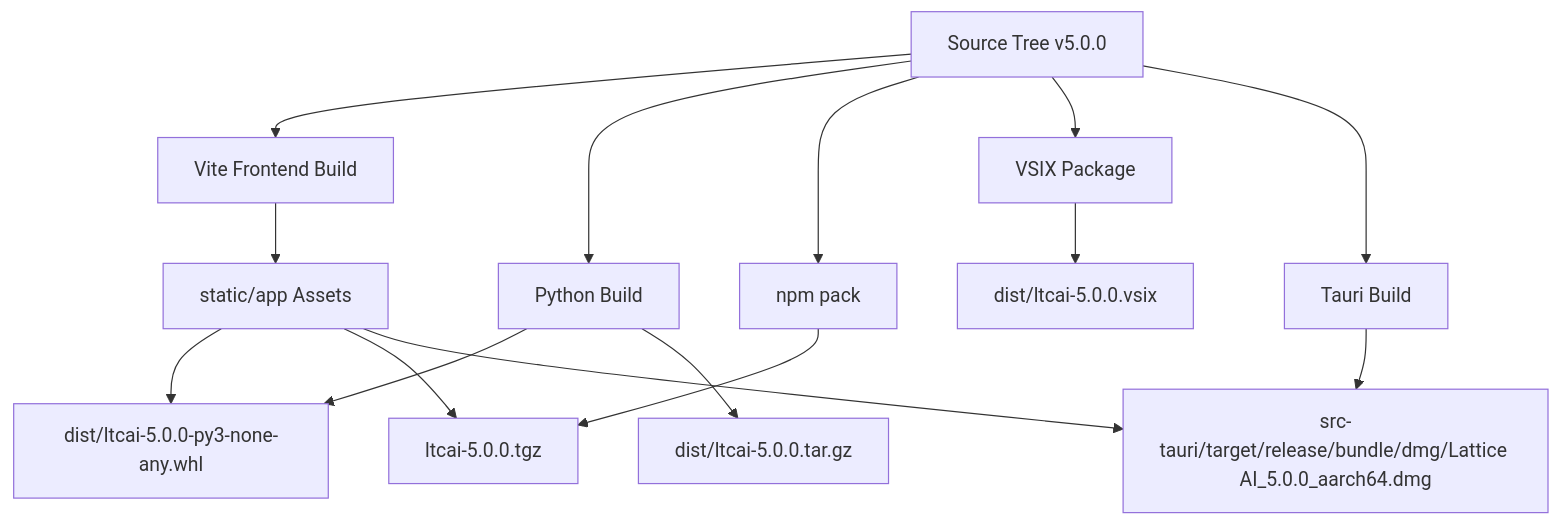
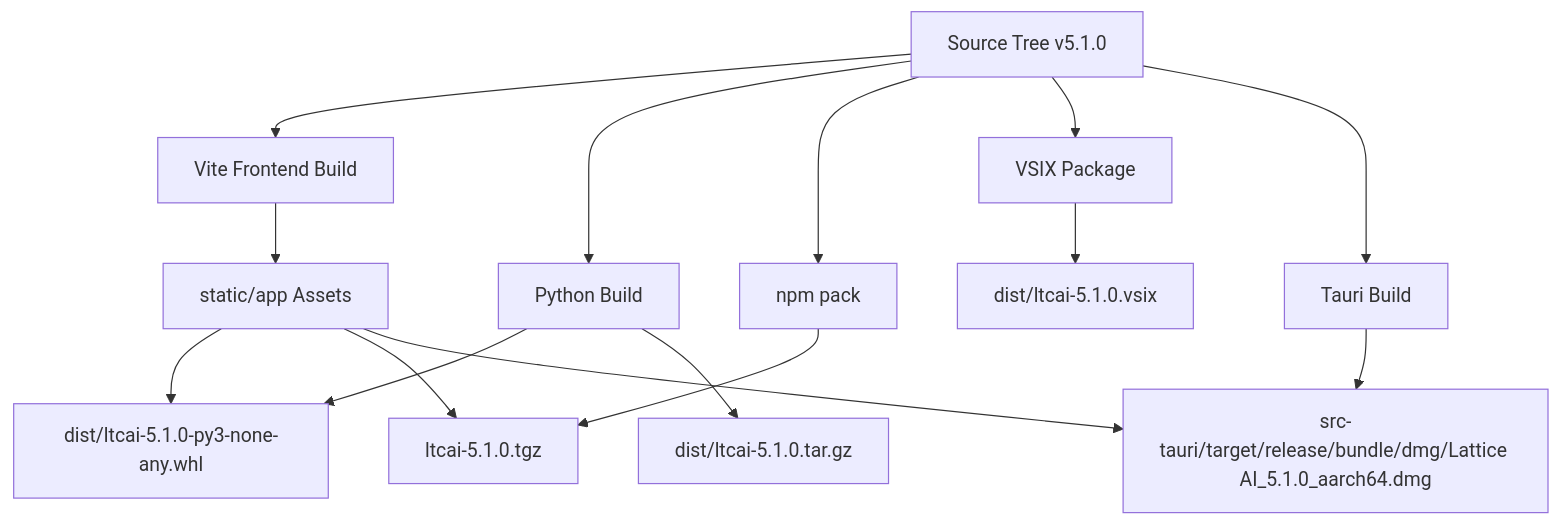
One commit to TaeSooPark-PTS/LatticeAI changed the tenth of 10 diagrams in ARCHITECTURE.md. Above: the diagram before and after it, drawn with Mermaid. The commit also changed other lines of this file and 60 other files, not shown here.

````diff
--- a/ARCHITECTURE.md
+++ b/ARCHITECTURE.md
@@ -259,18 +264,18 @@
 ```mermaid
 flowchart TB
-  Source["Source Tree v5.0.0"] --> FrontendBuild["Vite Frontend Build"]
+  Source["Source Tree v5.1.0"] --> FrontendBuild["Vite Frontend Build"]
   Source --> PythonBuild["Python Build"]
   Source --> NpmPack["npm pack"]
   Source --> VsixBuild["VSIX Package"]
   Source --> TauriBuild["Tauri Build"]
 
   FrontendBuild --> StaticAssets["static/app Assets"]
-  PythonBuild --> Wheel["dist/ltcai-5.0.0-py3-none-any.whl"]
-  PythonBuild --> Sdist["dist/ltcai-5.0.0.tar.gz"]
-  NpmPack --> Tgz["ltcai-5.0.0.tgz"]
-  VsixBuild --> Vsix["dist/ltcai-5.0.0.vsix"]
-  TauriBuild --> Dmg["src-tauri/target/release/bundle/dmg/Lattice AI_5.0.0_aarch64.dmg"]
+  PythonBuild --> Wheel["dist/ltcai-5.1.0-py3-none-any.whl"]
+  PythonBuild --> Sdist["dist/ltcai-5.1.0.tar.gz"]
+  NpmPack --> Tgz["ltcai-5.1.0.tgz"]
+  VsixBuild --> Vsix["dist/ltcai-5.1.0.vsix"]
+  TauriBuild --> Dmg["src-tauri/target/release/bundle/dmg/Lattice AI_5.1.0_aarch64.dmg"]
   StaticAssets --> Wheel
   StaticAssets --> Tgz
   StaticAssets --> Dmg
 ```
````
